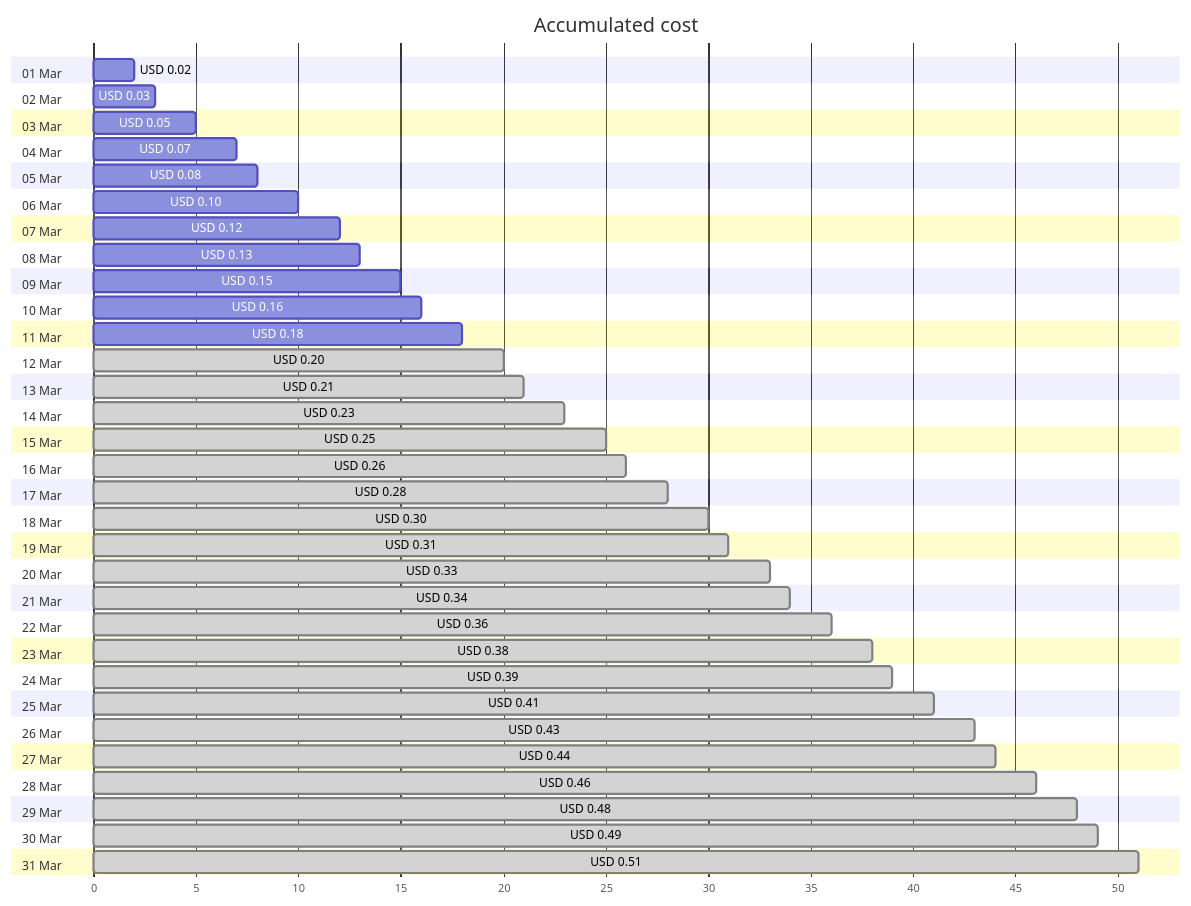
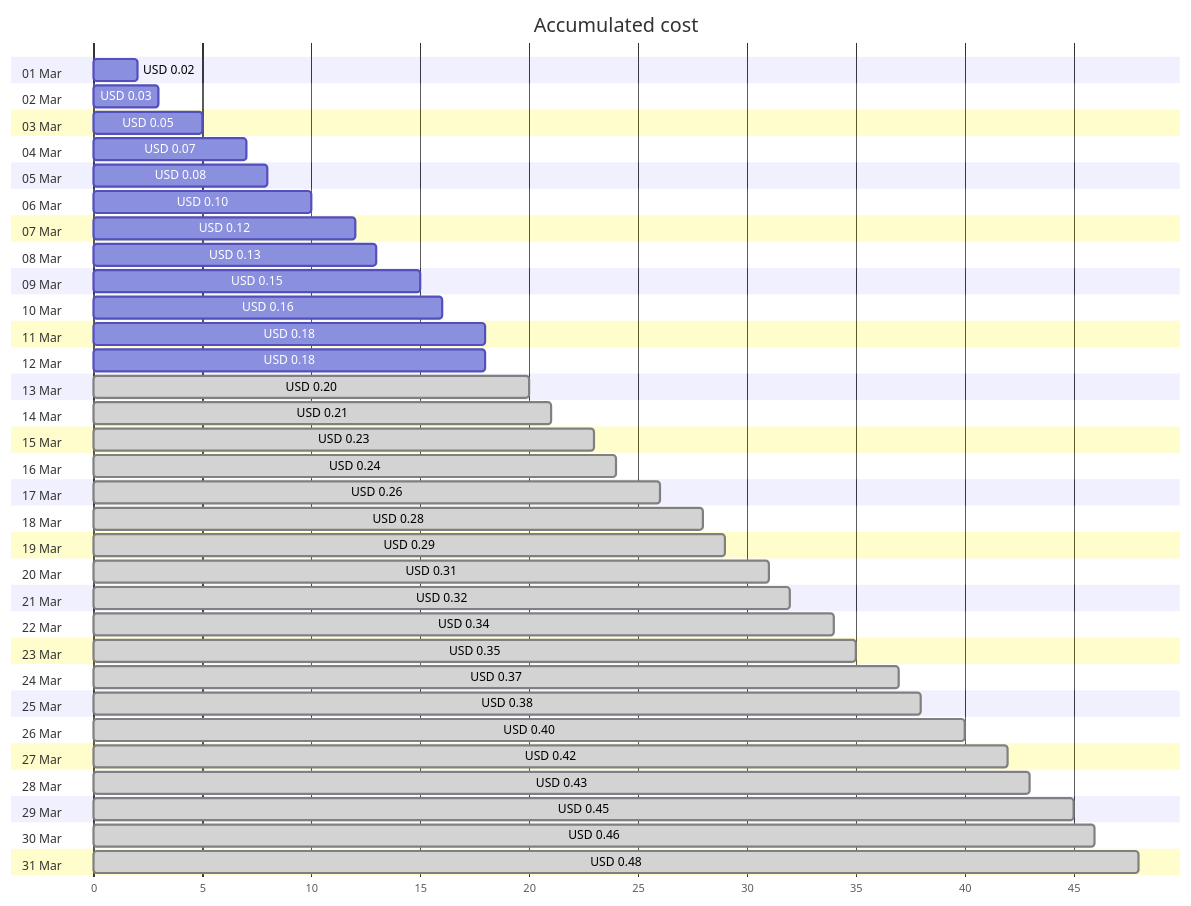
The first of 4 diagrams in cost-reports/personal-dns/jpatrickfulton.com.md (jpfulton/azure-personal-reports), drawn with Mermaid before and after one commit. The commit also changed other lines of this file and 2 other files, not shown here.

Commit message:
Generated reports [skip ci]

````diff
--- a/cost-reports/personal-dns/jpatrickfulton.com.md
+++ b/cost-reports/personal-dns/jpatrickfulton.com.md
@@ -20,68 +20,68 @@
 ```mermaid
 gantt
    title Accumulated cost
    dateFormat  X
    axisFormat %s
    section 01 Mar
    USD 0.02 :0, 2
    section 02 Mar
    USD 0.03 :0, 3
    section 03 Mar
    USD 0.05 :0, 5
    section 04 Mar
    USD 0.07 :0, 7
    section 05 Mar
    USD 0.08 :0, 8
    section 06 Mar
    USD 0.10 :0, 10
    section 07 Mar
    USD 0.12 :0, 12
    section 08 Mar
    USD 0.13 :0, 13
    section 09 Mar
    USD 0.15 :0, 15
    section 10 Mar
    USD 0.16 :0, 16
    section 11 Mar
    USD 0.18 :0, 18
    section 12 Mar
+   USD 0.18 :0, 18
+   section 13 Mar
    USD 0.20 : done, 0, 20
-   section 13 Mar
+   section 14 Mar
    USD 0.21 : done, 0, 21
-   section 14 Mar
+   section 15 Mar
    USD 0.23 : done, 0, 23
-   section 15 Mar
-   USD 0.25 : done, 0, 25
    section 16 Mar
+   USD 0.24 : done, 0, 24
+   section 17 Mar
    USD 0.26 : done, 0, 26
-   section 17 Mar
+   section 18 Mar
    USD 0.28 : done, 0, 28
-   section 18 Mar
-   USD 0.30 : done, 0, 30
    section 19 Mar
+   USD 0.29 : done, 0, 29
+   section 20 Mar
    USD 0.31 : done, 0, 31
-   section 20 Mar
-   USD 0.33 : done, 0, 33
    section 21 Mar
+   USD 0.32 : done, 0, 32
+   section 22 Mar
    USD 0.34 : done, 0, 34
-   section 22 Mar
-   USD 0.36 : done, 0, 36
    section 23 Mar
+   USD 0.35 : done, 0, 35
+   section 24 Mar
+   USD 0.37 : done, 0, 37
+   section 25 Mar
    USD 0.38 : done, 0, 38
-   section 24 Mar
-   USD 0.39 : done, 0, 39
-   section 25 Mar
-   USD 0.41 : done, 0, 41
    section 26 Mar
+   USD 0.40 : done, 0, 40
+   section 27 Mar
+   USD 0.42 : done, 0, 42
+   section 28 Mar
    USD 0.43 : done, 0, 43
-   section 27 Mar
-   USD 0.44 : done, 0, 44
-   section 28 Mar
+   section 29 Mar
+   USD 0.45 : done, 0, 45
+   section 30 Mar
    USD 0.46 : done, 0, 46
-   section 29 Mar
+   section 31 Mar
    USD 0.48 : done, 0, 48
-   section 30 Mar
-   USD 0.49 : done, 0, 49
-   section 31 Mar
-   USD 0.51 : done, 0, 51
 ```
````
